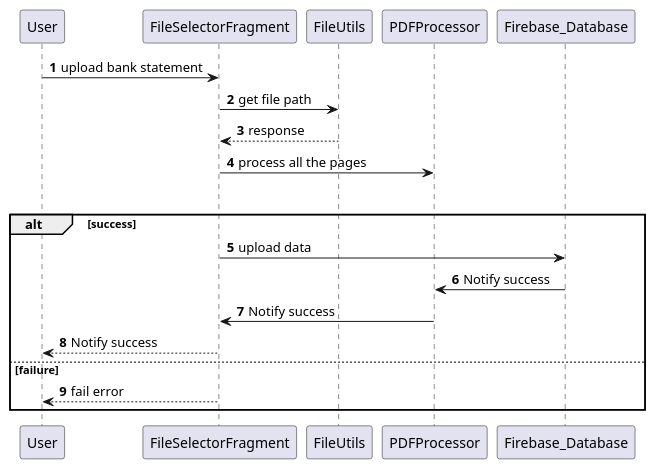
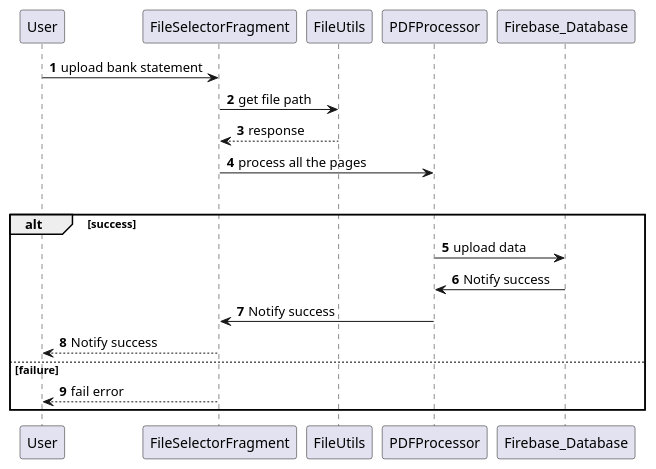
Before and after one commit to nisathnasar/Spending-Tracker: the diagram in app/sequence_diagram_upload.puml, drawn with PlantUML. The commit also changed 1 other file, not shown here.

Commit message:
update diagram

```diff
--- a/app/sequence_diagram_upload.puml
+++ b/app/sequence_diagram_upload.puml
@@ -1,36 +1,36 @@
 @startuml
 'https://plantuml.com/sequence-diagram
 
 autonumber
 
 
 
 User -> FileSelectorFragment : upload bank statement
 
 FileSelectorFragment -> FileUtils : get file path
 
 FileUtils --> FileSelectorFragment : response
 
 FileSelectorFragment -> PDFProcessor : process all the pages
 
 group PDF processing
 
 alt success
 
-FileSelectorFragment -> Firebase_Database : upload data
+PDFProcessor -> Firebase_Database : upload data
 
 Firebase_Database -> PDFProcessor : Notify success
 
 PDFProcessor -> FileSelectorFragment : Notify success
 
 FileSelectorFragment --> User : Notify success
 
 else failure
 
 FileSelectorFragment --> User : fail error
 
 end
 
 
 
 @enduml
```
